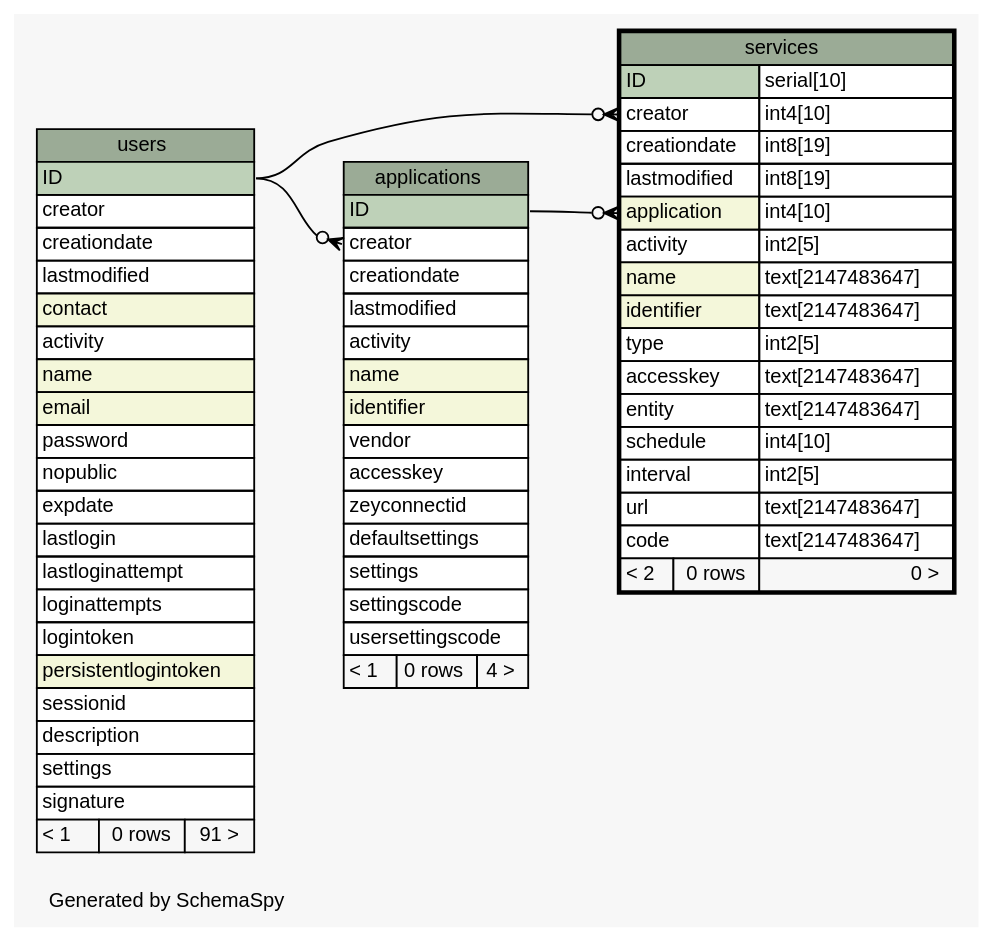
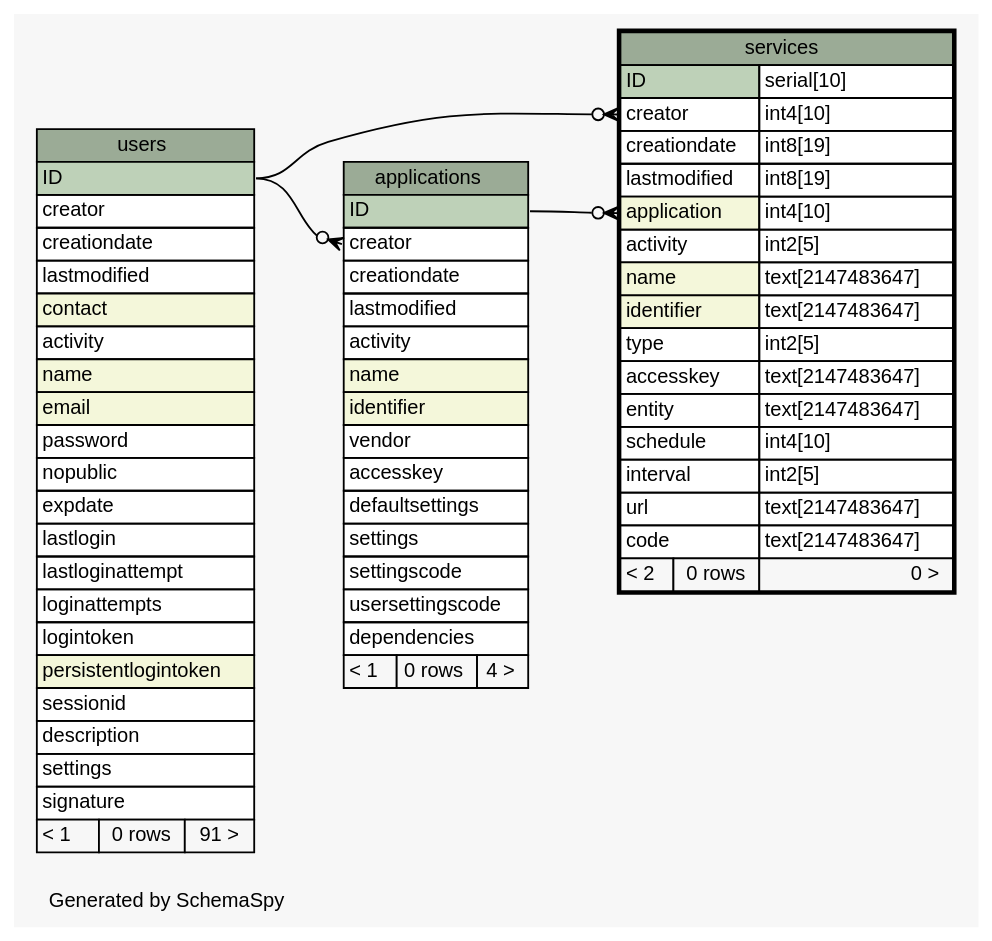
One commit to zeyosinc/zeyos-schema changed the diagram in diagrams/services.1degree.dot. Above: the diagram before and after it, drawn with Graphviz. The commit also changed 145 other files, not shown here.

```diff
--- a/diagrams/services.1degree.dot
+++ b/diagrams/services.1degree.dot
@@ -1,101 +1,101 @@
 // dot 2.38.0 on Mac OS X 10.11.5
 // SchemaSpy rev 590
 digraph "oneDegreeRelationshipsDiagram" {
   graph [
     rankdir="RL"
     bgcolor="#f7f7f7"
     label="\nGenerated by SchemaSpy"
     labeljust="l"
     nodesep="0.18"
     ranksep="0.46"
     fontname="Helvetica"
     fontsize="11"
   ];
   node [
     fontname="Helvetica"
     fontsize="11"
     shape="plaintext"
   ];
   edge [
     arrowsize="0.8"
   ];
   "applications":"creator":w -> "users":"ID":e [arrowhead=none dir=back arrowtail=crowodot];
   "services":"application":w -> "applications":"ID":e [arrowhead=none dir=back arrowtail=crowodot];
   "services":"creator":w -> "users":"ID":e [arrowhead=none dir=back arrowtail=crowodot];
   "applications" [
     label=<
     <TABLE BORDER="0" CELLBORDER="1" CELLSPACING="0" BGCOLOR="#ffffff">
       <TR><TD COLSPAN="3" BGCOLOR="#9bab96" ALIGN="CENTER">applications</TD></TR>
       <TR><TD PORT="ID" COLSPAN="3" BGCOLOR="#bed1b8" ALIGN="LEFT">ID</TD></TR>
       <TR><TD PORT="creator" COLSPAN="3" ALIGN="LEFT">creator</TD></TR>
       <TR><TD PORT="creationdate" COLSPAN="3" ALIGN="LEFT">creationdate</TD></TR>
       <TR><TD PORT="lastmodified" COLSPAN="3" ALIGN="LEFT">lastmodified</TD></TR>
       <TR><TD PORT="activity" COLSPAN="3" ALIGN="LEFT">activity</TD></TR>
       <TR><TD PORT="name" COLSPAN="3" BGCOLOR="#f4f7da" ALIGN="LEFT">name</TD></TR>
       <TR><TD PORT="identifier" COLSPAN="3" BGCOLOR="#f4f7da" ALIGN="LEFT">identifier</TD></TR>
       <TR><TD PORT="vendor" COLSPAN="3" ALIGN="LEFT">vendor</TD></TR>
       <TR><TD PORT="accesskey" COLSPAN="3" ALIGN="LEFT">accesskey</TD></TR>
-      <TR><TD PORT="zeyconnectid" COLSPAN="3" ALIGN="LEFT">zeyconnectid</TD></TR>
       <TR><TD PORT="defaultsettings" COLSPAN="3" ALIGN="LEFT">defaultsettings</TD></TR>
       <TR><TD PORT="settings" COLSPAN="3" ALIGN="LEFT">settings</TD></TR>
       <TR><TD PORT="settingscode" COLSPAN="3" ALIGN="LEFT">settingscode</TD></TR>
       <TR><TD PORT="usersettingscode" COLSPAN="3" ALIGN="LEFT">usersettingscode</TD></TR>
+      <TR><TD PORT="dependencies" COLSPAN="3" ALIGN="LEFT">dependencies</TD></TR>
       <TR><TD ALIGN="LEFT" BGCOLOR="#f7f7f7">&lt; 1</TD><TD ALIGN="RIGHT" BGCOLOR="#f7f7f7">0 rows</TD><TD ALIGN="RIGHT" BGCOLOR="#f7f7f7">4 &gt;</TD></TR>
     </TABLE>>
     URL="applications.html"
     tooltip="applications"
   ];
   "services" [
     label=<
     <TABLE BORDER="2" CELLBORDER="1" CELLSPACING="0" BGCOLOR="#ffffff">
       <TR><TD COLSPAN="3" BGCOLOR="#9bab96" ALIGN="CENTER">services</TD></TR>
       <TR><TD PORT="ID" COLSPAN="2" BGCOLOR="#bed1b8" ALIGN="LEFT">ID</TD><TD PORT="ID.type" ALIGN="LEFT">serial[10]</TD></TR>
       <TR><TD PORT="creator" COLSPAN="2" ALIGN="LEFT">creator</TD><TD PORT="creator.type" ALIGN="LEFT">int4[10]</TD></TR>
       <TR><TD PORT="creationdate" COLSPAN="2" ALIGN="LEFT">creationdate</TD><TD PORT="creationdate.type" ALIGN="LEFT">int8[19]</TD></TR>
       <TR><TD PORT="lastmodified" COLSPAN="2" ALIGN="LEFT">lastmodified</TD><TD PORT="lastmodified.type" ALIGN="LEFT">int8[19]</TD></TR>
       <TR><TD PORT="application" COLSPAN="2" BGCOLOR="#f4f7da" ALIGN="LEFT">application</TD><TD PORT="application.type" ALIGN="LEFT">int4[10]</TD></TR>
       <TR><TD PORT="activity" COLSPAN="2" ALIGN="LEFT">activity</TD><TD PORT="activity.type" ALIGN="LEFT">int2[5]</TD></TR>
       <TR><TD PORT="name" COLSPAN="2" BGCOLOR="#f4f7da" ALIGN="LEFT">name</TD><TD PORT="name.type" ALIGN="LEFT">text[2147483647]</TD></TR>
       <TR><TD PORT="identifier" COLSPAN="2" BGCOLOR="#f4f7da" ALIGN="LEFT">identifier</TD><TD PORT="identifier.type" ALIGN="LEFT">text[2147483647]</TD></TR>
       <TR><TD PORT="type" COLSPAN="2" ALIGN="LEFT">type</TD><TD PORT="type.type" ALIGN="LEFT">int2[5]</TD></TR>
       <TR><TD PORT="accesskey" COLSPAN="2" ALIGN="LEFT">accesskey</TD><TD PORT="accesskey.type" ALIGN="LEFT">text[2147483647]</TD></TR>
       <TR><TD PORT="entity" COLSPAN="2" ALIGN="LEFT">entity</TD><TD PORT="entity.type" ALIGN="LEFT">text[2147483647]</TD></TR>
       <TR><TD PORT="schedule" COLSPAN="2" ALIGN="LEFT">schedule</TD><TD PORT="schedule.type" ALIGN="LEFT">int4[10]</TD></TR>
       <TR><TD PORT="interval" COLSPAN="2" ALIGN="LEFT">interval</TD><TD PORT="interval.type" ALIGN="LEFT">int2[5]</TD></TR>
       <TR><TD PORT="url" COLSPAN="2" ALIGN="LEFT">url</TD><TD PORT="url.type" ALIGN="LEFT">text[2147483647]</TD></TR>
       <TR><TD PORT="code" COLSPAN="2" ALIGN="LEFT">code</TD><TD PORT="code.type" ALIGN="LEFT">text[2147483647]</TD></TR>
       <TR><TD ALIGN="LEFT" BGCOLOR="#f7f7f7">&lt; 2</TD><TD ALIGN="RIGHT" BGCOLOR="#f7f7f7">0 rows</TD><TD ALIGN="RIGHT" BGCOLOR="#f7f7f7">0 &gt;</TD></TR>
     </TABLE>>
     URL="services.html"
     tooltip="services"
   ];
   "users" [
     label=<
     <TABLE BORDER="0" CELLBORDER="1" CELLSPACING="0" BGCOLOR="#ffffff">
       <TR><TD COLSPAN="3" BGCOLOR="#9bab96" ALIGN="CENTER">users</TD></TR>
       <TR><TD PORT="ID" COLSPAN="3" BGCOLOR="#bed1b8" ALIGN="LEFT">ID</TD></TR>
       <TR><TD PORT="creator" COLSPAN="3" ALIGN="LEFT">creator</TD></TR>
       <TR><TD PORT="creationdate" COLSPAN="3" ALIGN="LEFT">creationdate</TD></TR>
       <TR><TD PORT="lastmodified" COLSPAN="3" ALIGN="LEFT">lastmodified</TD></TR>
       <TR><TD PORT="contact" COLSPAN="3" BGCOLOR="#f4f7da" ALIGN="LEFT">contact</TD></TR>
       <TR><TD PORT="activity" COLSPAN="3" ALIGN="LEFT">activity</TD></TR>
       <TR><TD PORT="name" COLSPAN="3" BGCOLOR="#f4f7da" ALIGN="LEFT">name</TD></TR>
       <TR><TD PORT="email" COLSPAN="3" BGCOLOR="#f4f7da" ALIGN="LEFT">email</TD></TR>
       <TR><TD PORT="password" COLSPAN="3" ALIGN="LEFT">password</TD></TR>
       <TR><TD PORT="nopublic" COLSPAN="3" ALIGN="LEFT">nopublic</TD></TR>
       <TR><TD PORT="expdate" COLSPAN="3" ALIGN="LEFT">expdate</TD></TR>
       <TR><TD PORT="lastlogin" COLSPAN="3" ALIGN="LEFT">lastlogin</TD></TR>
       <TR><TD PORT="lastloginattempt" COLSPAN="3" ALIGN="LEFT">lastloginattempt</TD></TR>
       <TR><TD PORT="loginattempts" COLSPAN="3" ALIGN="LEFT">loginattempts</TD></TR>
       <TR><TD PORT="logintoken" COLSPAN="3" ALIGN="LEFT">logintoken</TD></TR>
       <TR><TD PORT="persistentlogintoken" COLSPAN="3" BGCOLOR="#f4f7da" ALIGN="LEFT">persistentlogintoken</TD></TR>
       <TR><TD PORT="sessionid" COLSPAN="3" ALIGN="LEFT">sessionid</TD></TR>
       <TR><TD PORT="description" COLSPAN="3" ALIGN="LEFT">description</TD></TR>
       <TR><TD PORT="settings" COLSPAN="3" ALIGN="LEFT">settings</TD></TR>
       <TR><TD PORT="signature" COLSPAN="3" ALIGN="LEFT">signature</TD></TR>
       <TR><TD ALIGN="LEFT" BGCOLOR="#f7f7f7">&lt; 1</TD><TD ALIGN="RIGHT" BGCOLOR="#f7f7f7">0 rows</TD><TD ALIGN="RIGHT" BGCOLOR="#f7f7f7">91 &gt;</TD></TR>
     </TABLE>>
     URL="users.html"
     tooltip="users"
   ];
 }
```
